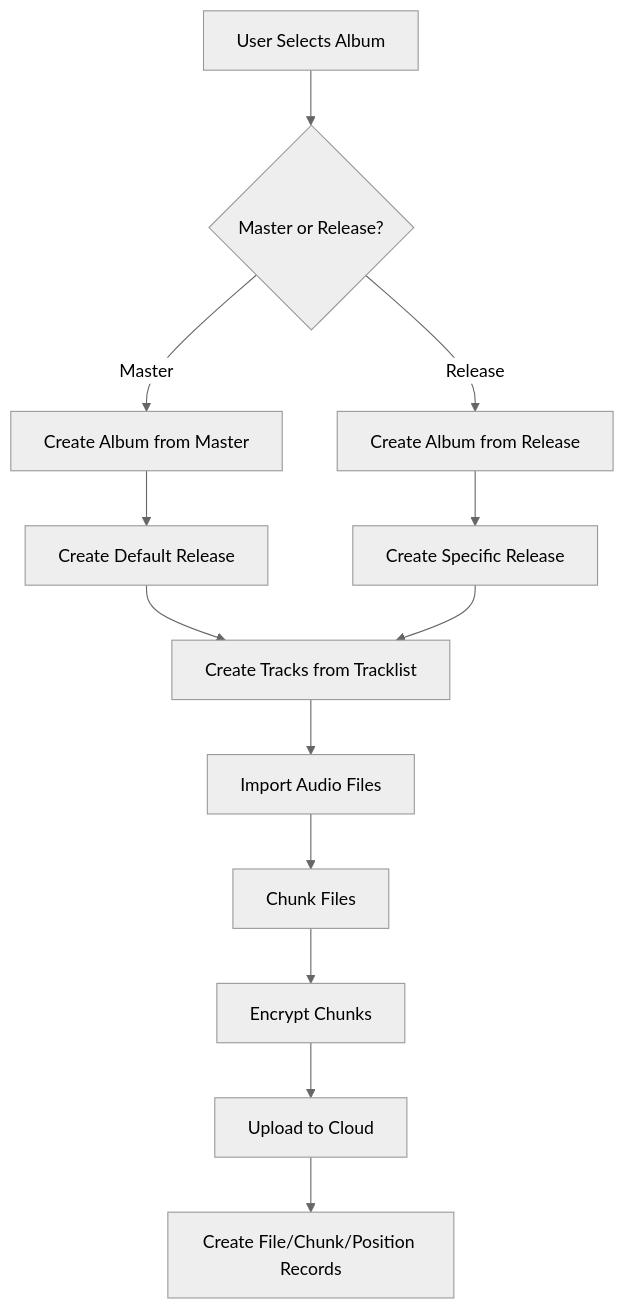
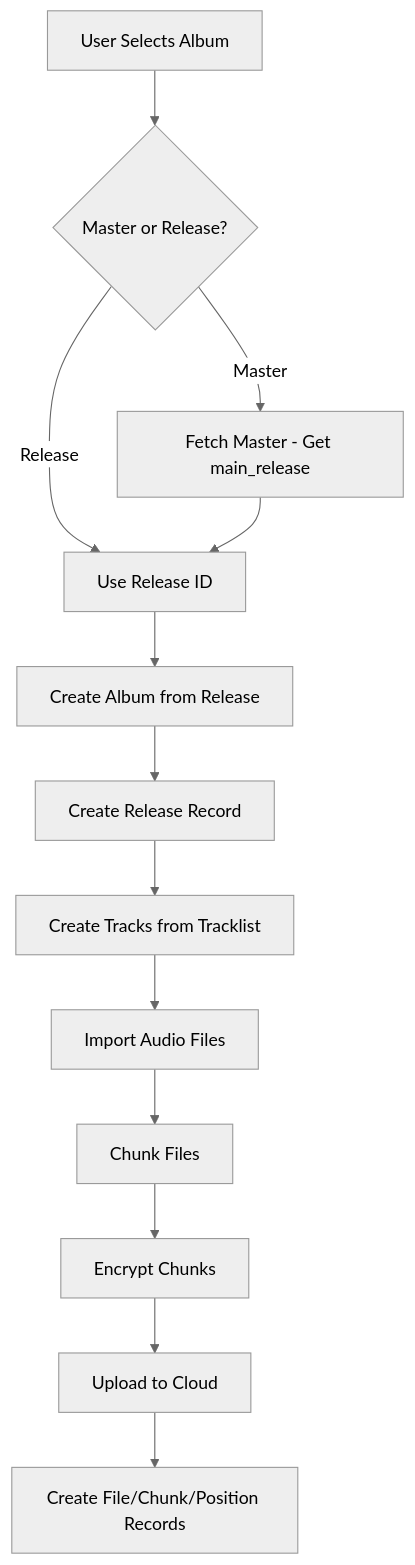
The second of 4 diagrams in BAE_DATABASE_SCHEMA.md (hideselfview/bae), drawn with Mermaid (neutral theme) before and after one commit. The commit also changed other lines of this file and 12 other files, not shown here.

````diff
--- a/BAE_DATABASE_SCHEMA.md
+++ b/BAE_DATABASE_SCHEMA.md
@@ -151,15 +158,15 @@
 ```mermaid
 flowchart TD
     A[User Selects Album] --> B{Master or Release?}
-    B -->|Master| C[Create Album from Master]
-    B -->|Release| D[Create Album from Release]
-    C --> E[Create Default Release]
-    D --> F[Create Specific Release]
-    E --> G[Create Tracks from Tracklist]
-    F --> G
+    B -->|Master| C[Fetch Master - Get main_release]
+    B -->|Release| D[Use Release ID]
+    C --> D
+    D --> E[Create Album from Release]
+    E --> F[Create Release Record]
+    F --> G[Create Tracks from Tracklist]
     G --> H[Import Audio Files]
     H --> I[Chunk Files]
     I --> J[Encrypt Chunks]
     J --> K[Upload to Cloud]
     K --> L[Create File/Chunk/Position Records]
 ```
````
